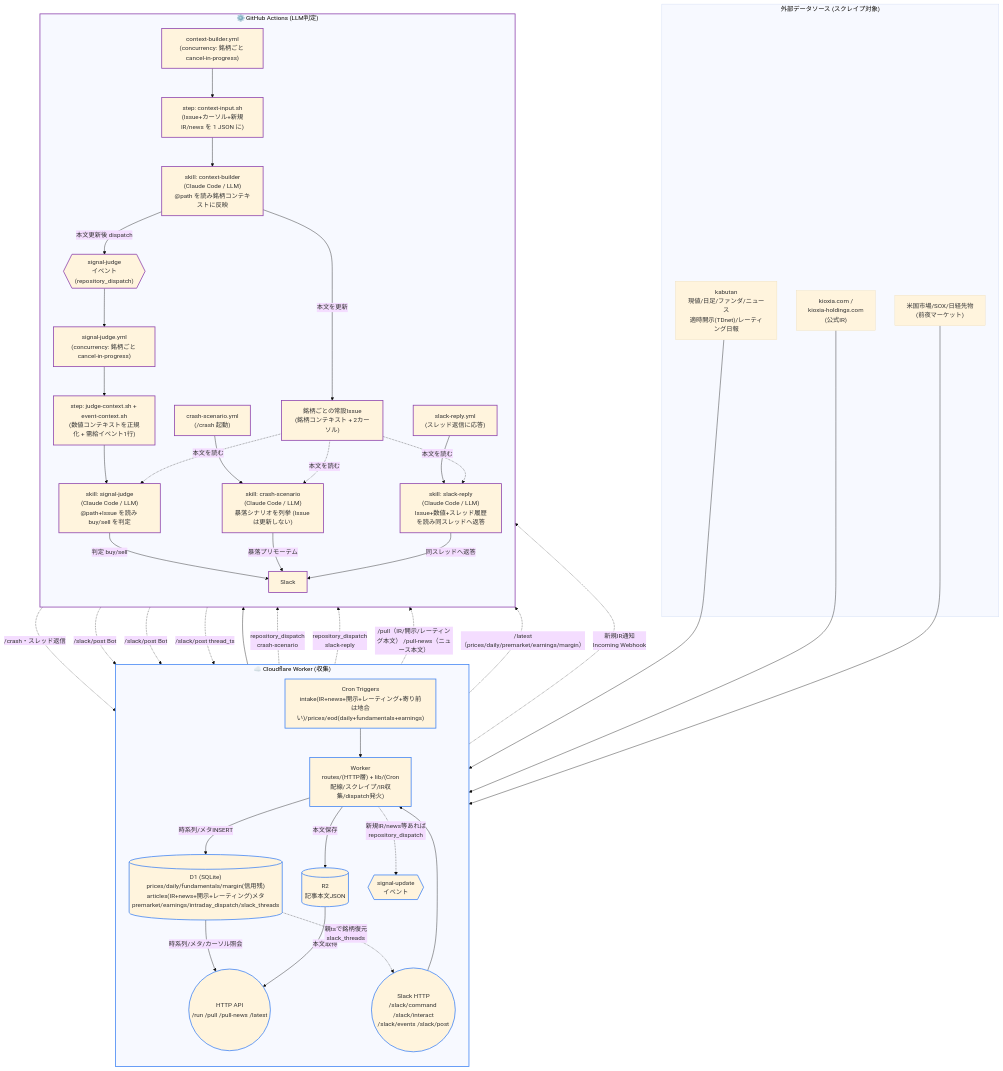
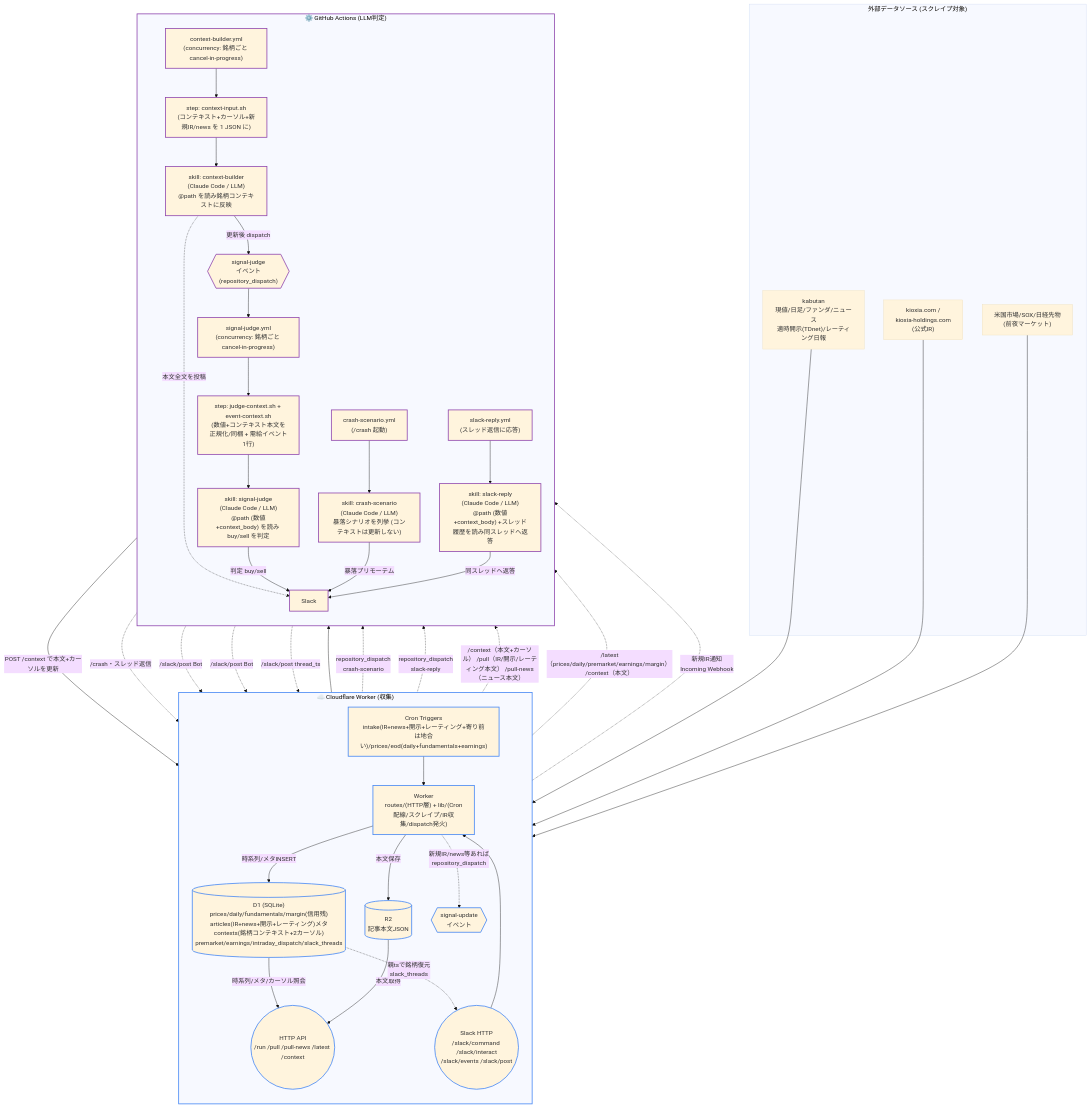
The first of 4 diagrams in README.md (omni-stove/stock-signals), drawn with Mermaid (base theme) before and after one commit. The commit also changed other lines of this file and 25 other files, not shown here.

First line of the commit message:
feat: living document を GitHub Issue から D1 (Worker /context) へ移行

````diff
--- a/README.md
+++ b/README.md
@@ -44,9 +44,9 @@
         direction TB
         CRON_CF["Cron Triggers<br/>intake(IR+news+開示+レーティング+寄り前は地合い)/prices/eod(daily+fundamentals+earnings)"]
         WORKER["Worker<br/>routes/(HTTP層) + lib/(Cron配線/スクレイプ/IR収集/dispatch発火)"]
-        D1[("D1 (SQLite)<br/>prices/daily/fundamentals/margin(信用残)<br/>articles(IR+news+開示+レーティング)メタ<br/>premarket/earnings/intraday_dispatch/slack_threads")]
+        D1[("D1 (SQLite)<br/>prices/daily/fundamentals/margin(信用残)<br/>articles(IR+news+開示+レーティング)メタ<br/>contexts(銘柄コンテキスト+2カーソル)<br/>premarket/earnings/intraday_dispatch/slack_threads")]
         R2[("R2<br/>記事本文JSON")]
-        API((HTTP API<br/>/run /pull /pull-news /latest))
+        API((HTTP API<br/>/run /pull /pull-news /latest /context))
         SLACKAPI((Slack HTTP<br/>/slack/command /slack/interact<br/>/slack/events /slack/post))
         CRON_CF --> WORKER
         WORKER -->|時系列/メタINSERT| D1
@@ -61,27 +61,24 @@
     subgraph GHA["⚙️ GitHub Actions (LLM判定)"]
         direction TB
         CTXWF["context-builder.yml<br/>(concurrency: 銘柄ごと cancel-in-progress)"]
-        CTXIN["step: context-input.sh<br/>(Issue+カーソル+新規IR/news を 1 JSON に)"]
+        CTXIN["step: context-input.sh<br/>(コンテキスト+カーソル+新規IR/news を 1 JSON に)"]
         CTXSKILL["skill: context-builder<br/>(Claude Code / LLM)<br/>@path を読み銘柄コンテキストに反映"]
         JUDGEDISP{{"signal-judge<br/>イベント<br/>(repository_dispatch)"}}
         JUDGEWF["signal-judge.yml<br/>(concurrency: 銘柄ごと cancel-in-progress)"]
-        JUDGECTX["step: judge-context.sh + event-context.sh<br/>(数値コンテキストを正規化 + 需給イベント1行)"]
-        JUDGESKILL["skill: signal-judge<br/>(Claude Code / LLM)<br/>@path+Issue を読み buy/sell を判定"]
+        JUDGECTX["step: judge-context.sh + event-context.sh<br/>(数値+コンテキスト本文を正規化/同梱 + 需給イベント1行)"]
+        JUDGESKILL["skill: signal-judge<br/>(Claude Code / LLM)<br/>@path (数値+context_body) を読み buy/sell を判定"]
         CRASHWF["crash-scenario.yml<br/>(/crash 起動)"]
-        CRASHSKILL["skill: crash-scenario<br/>(Claude Code / LLM)<br/>暴落シナリオを列挙 (Issue は更新しない)"]
+        CRASHSKILL["skill: crash-scenario<br/>(Claude Code / LLM)<br/>暴落シナリオを列挙 (コンテキストは更新しない)"]
         REPLYWF["slack-reply.yml<br/>(スレッド返信に応答)"]
-        REPLYSKILL["skill: slack-reply<br/>(Claude Code / LLM)<br/>Issue+数値+スレッド履歴を読み同スレッドへ返答"]
-        ISSUE["銘柄ごとの常設Issue<br/>(銘柄コンテキスト + 2カーソル)"]
+        REPLYSKILL["skill: slack-reply<br/>(Claude Code / LLM)<br/>@path (数値+context_body) +スレッド履歴を読み同スレッドへ返答"]
         SLACK["Slack"]
-        CTXWF --> CTXIN --> CTXSKILL -->|本文を更新| ISSUE
-        CTXSKILL -->|本文更新後 dispatch| JUDGEDISP --> JUDGEWF --> JUDGECTX --> JUDGESKILL
-        ISSUE -.->|本文を読む| JUDGESKILL
+        CTXWF --> CTXIN --> CTXSKILL -->|POST /context で本文+カーソルを更新| API
+        CTXSKILL -->|更新後 dispatch| JUDGEDISP --> JUDGEWF --> JUDGECTX --> JUDGESKILL
+        CTXSKILL -.->|本文全文を投稿| SLACK
         JUDGESKILL -->|判定 buy/sell| SLACK
         CRASHWF --> CRASHSKILL
-        ISSUE -.->|本文を読む| CRASHSKILL
         CRASHSKILL -->|暴落プリモーテム| SLACK
         REPLYWF --> REPLYSKILL
-        ISSUE -.->|本文を読む| REPLYSKILL
         REPLYSKILL -->|同スレッドへ返答| SLACK
     end
 
@@ -101,8 +98,8 @@
 
     %% Actions → Worker (材料引きは workflow step が代行し skill へ @path で渡す)
     %% 縦積みを崩さぬよう横断する戻り参照は破線 (重み低)
-    API -.->|/pull（IR/開示/レーティング本文） /pull-news（ニュース本文）| CTXIN
-    API -.->|/latest（prices/daily/premarket/earnings/margin）| JUDGECTX
+    API -.->|/context（本文+カーソル） /pull（IR/開示/レーティング本文） /pull-news（ニュース本文）| CTXIN
+    API -.->|/latest（prices/daily/premarket/earnings/margin） /context（本文）| JUDGECTX
 
     %% Slack 連携 (双方向)
     SLACK -.->|/crash・スレッド返信| SLACKAPI
@@ -114,5 +111,5 @@
     classDef cloud stroke:#4285f4,stroke-width:2px
     classDef gha stroke:#8e44ad,stroke-width:2px
     class CLOUD,CRON_CF,WORKER,D1,R2,API,SLACKAPI,DISPATCH cloud
-    class GHA,CTXWF,CTXIN,CTXSKILL,JUDGEDISP,JUDGEWF,JUDGECTX,JUDGESKILL,CRASHWF,CRASHSKILL,REPLYWF,REPLYSKILL,ISSUE,SLACK gha
+    class GHA,CTXWF,CTXIN,CTXSKILL,JUDGEDISP,JUDGEWF,JUDGECTX,JUDGESKILL,CRASHWF,CRASHSKILL,REPLYWF,REPLYSKILL,SLACK gha
 ```
````
